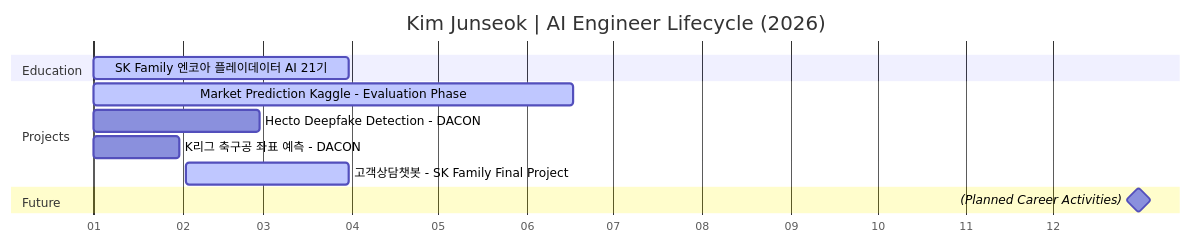
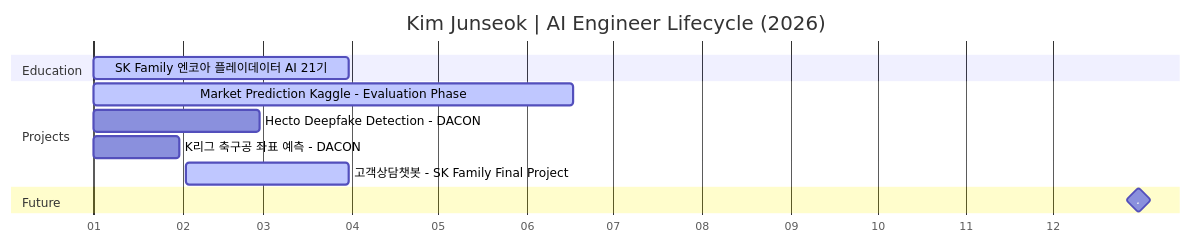
One commit to junreud/junreud changed the second of 2 diagrams in README.md. Above: the diagram before and after it, drawn with Mermaid.

Commit message:
준석_mermaid 그래프 수정

````diff
--- a/README.md
+++ b/README.md
@@ -27,19 +27,19 @@
 ```mermaid
 gantt
     title Kim Junseok | AI Engineer Lifecycle (2026)
     dateFormat  YYYY-MM-DD
     axisFormat  %m
     tickInterval 1month
 
     section Education
     SK Family 엔코아 플레이데이터 AI 21기      :active, edu1, 2026-01-01, 2026-03-31
 
     section Projects
     Market Prediction Kaggle - Evaluation Phase         :active, p1_eval, 2026-01-01, 2026-06-17
     Hecto Deepfake Detection - DACON                 :p3, 2026-01-01, 2026-02-28
     K리그 축구공 좌표 예측 - DACON                     :p4, 2026-01-01, 2026-01-31
     고객상담챗봇 - SK Family Final Project        :active, p2, 2026-02-02, 2026-03-31
 
     section Future
-    (Planned Career Activities)              :milestone, m2, 2026-12-31, 0d
+    .              :milestone, m2, 2026-12-31, 0d
 ```
````
